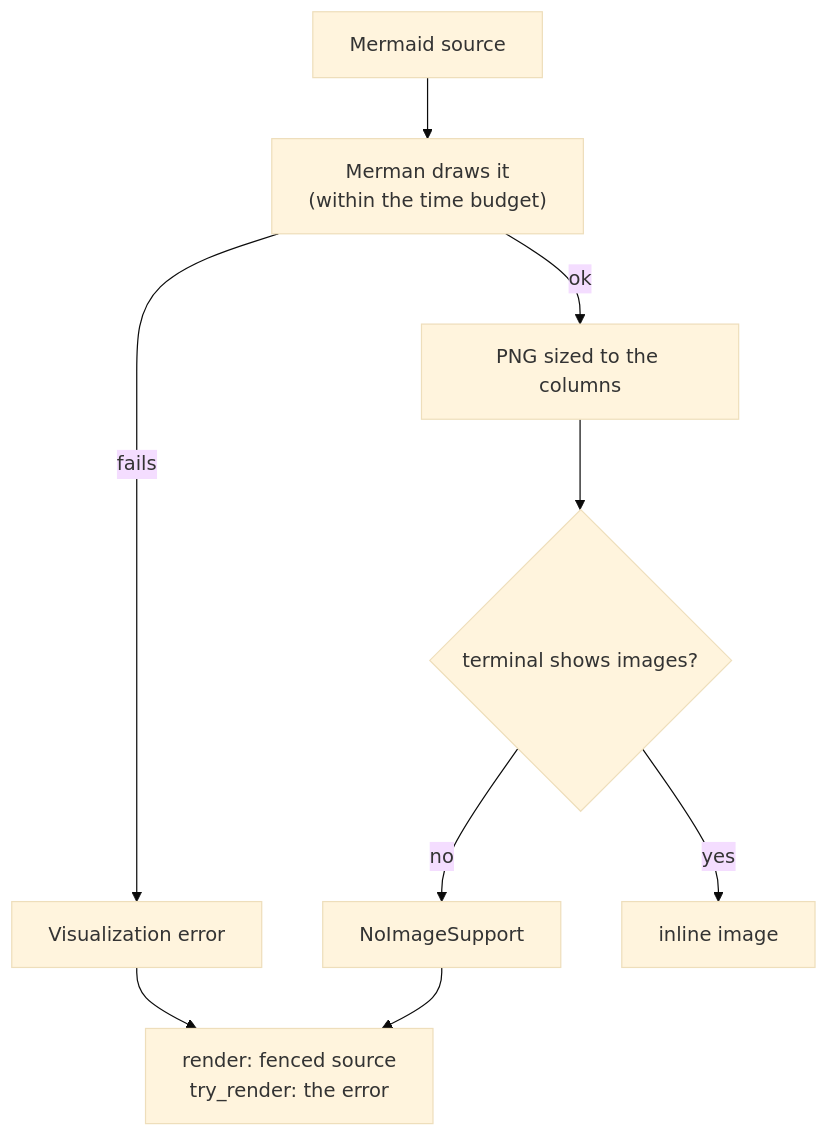
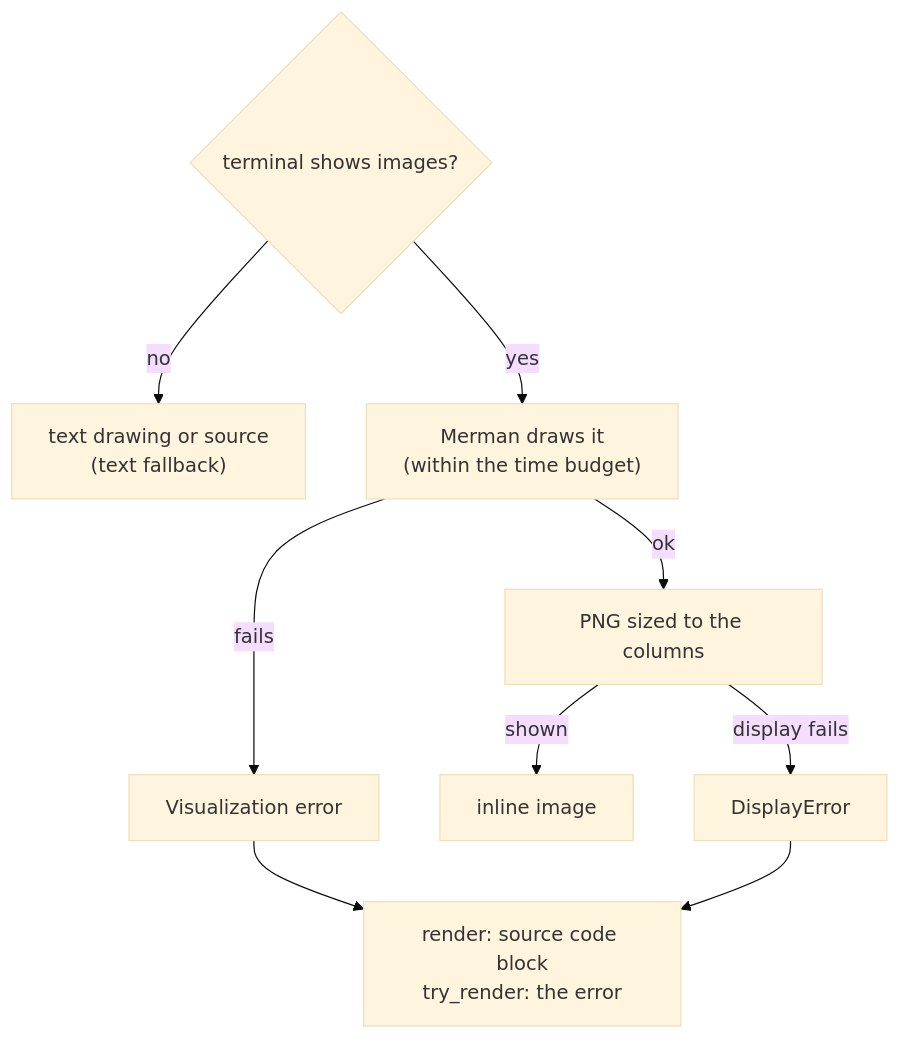
Before and after one commit to yankeeinlondon/rusty-biscuit: the first of 5 diagrams in biscuit-visualized/docs/components/mermaid_diagram.md, drawn with Mermaid (base theme). The commit also changed other lines of this file and 12 other files, not shown here.

First line of the commit message:
docs: explain Mermaid text fallback across terminal flows

````diff
--- a/biscuit-visualized/docs/components/mermaid_diagram.md
+++ b/biscuit-visualized/docs/components/mermaid_diagram.md
@@ -100,11 +103,11 @@
 ```mermaid
 flowchart TD
-    S[Mermaid source] --> M["Merman draws it<br/>(within the time budget)"]
+    T{"terminal shows images?"} -- no --> X["text drawing or source<br/>(text fallback)"]
+    T -- yes --> M["Merman draws it<br/>(within the time budget)"]
     M -- fails --> V[Visualization error]
     M -- ok --> P[PNG sized to the columns]
-    P --> T{"terminal shows images?"}
-    T -- no --> N[NoImageSupport]
-    T -- yes --> I[inline image]
-    V --> F["render: fenced source<br/>try_render: the error"]
-    N --> F
+    P -- shown --> I[inline image]
+    P -- display fails --> D[DisplayError]
+    V --> F["render: source code block<br/>try_render: the error"]
+    D --> F
 ```
````
